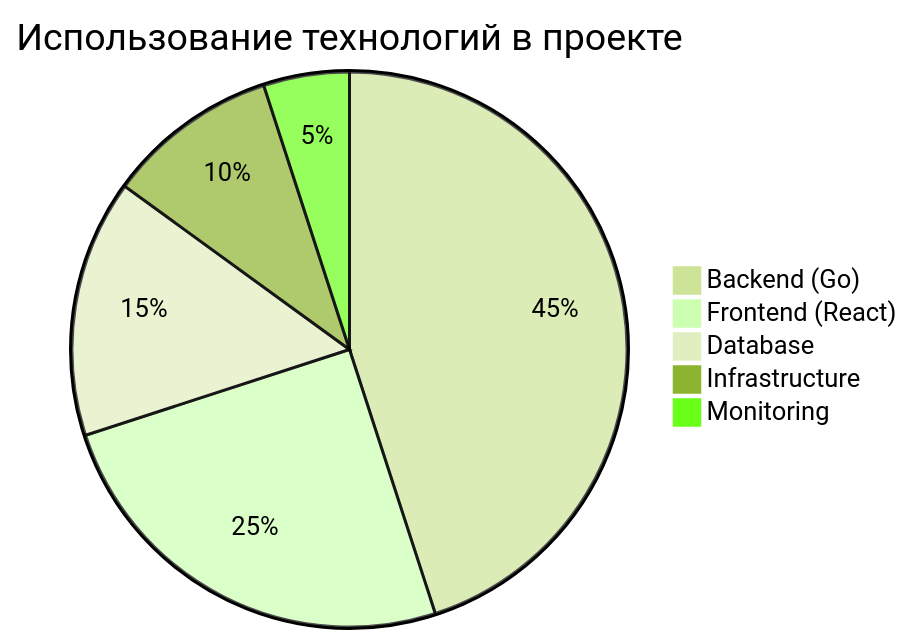
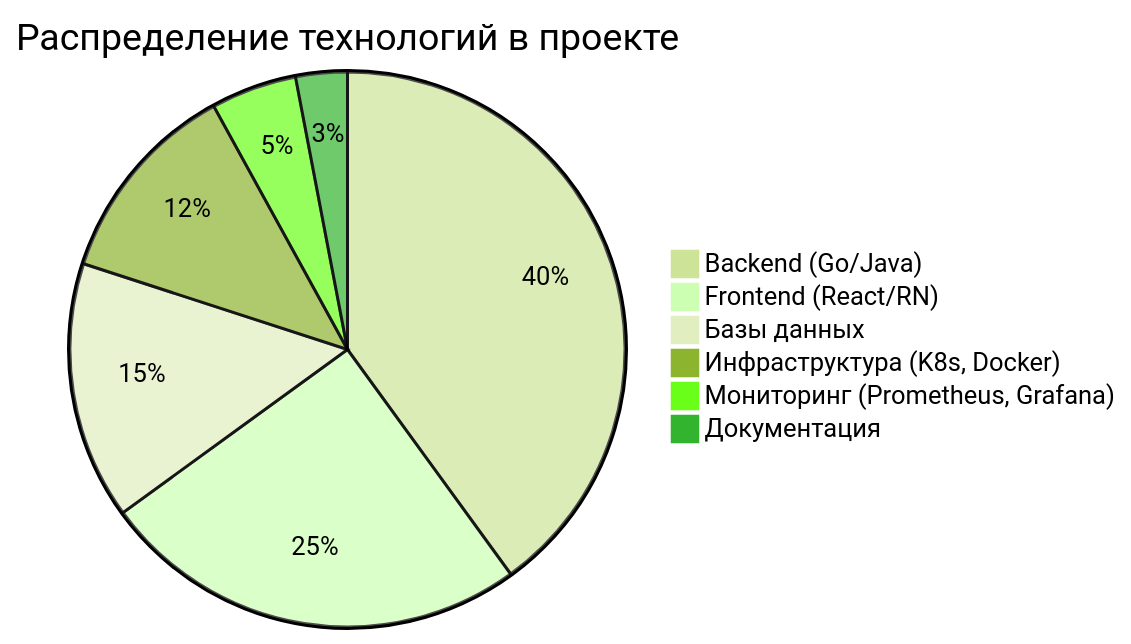
One commit to mxsmirnov/aix-labs changed the seventh of 7 diagrams in mermaid.md. Above: the diagram before and after it, drawn with Mermaid (forest theme). The commit also changed other lines of this file, not shown here.

````diff
--- a/mermaid.md
+++ b/mermaid.md
@@ -131,8 +238,9 @@
 ```mermaid
-pie title Использование технологий в проекте
-    "Backend (Go)" : 45
-    "Frontend (React)" : 25
-    "Database" : 15
-    "Infrastructure" : 10
-    "Monitoring" : 5
+pie title Распределение технологий в проекте
+    "Backend (Go/Java)" : 40
+    "Frontend (React/RN)" : 25
+    "Базы данных" : 15
+    "Инфраструктура (K8s, Docker)" : 12
+    "Мониторинг (Prometheus, Grafana)" : 5
+    "Документация" : 3
 ```
````
